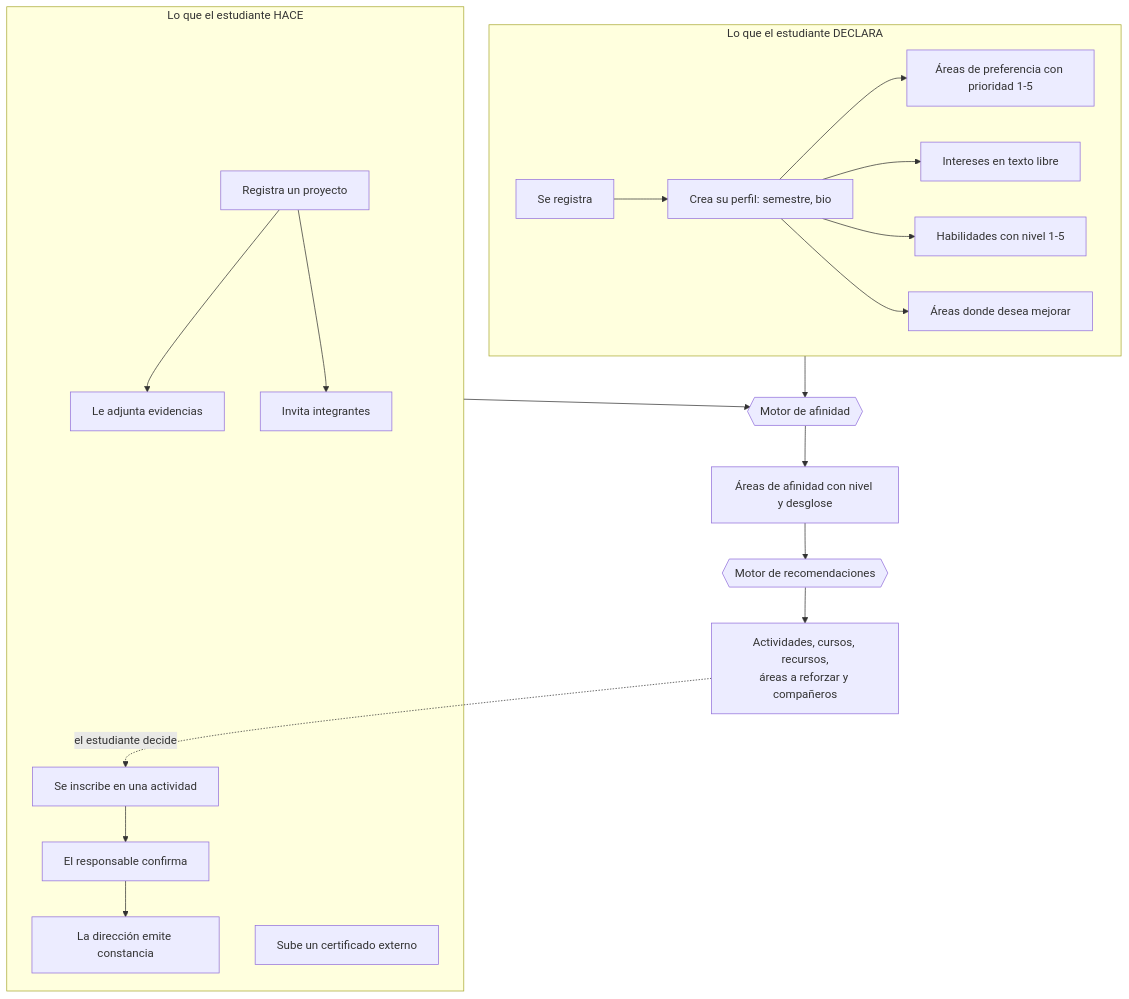
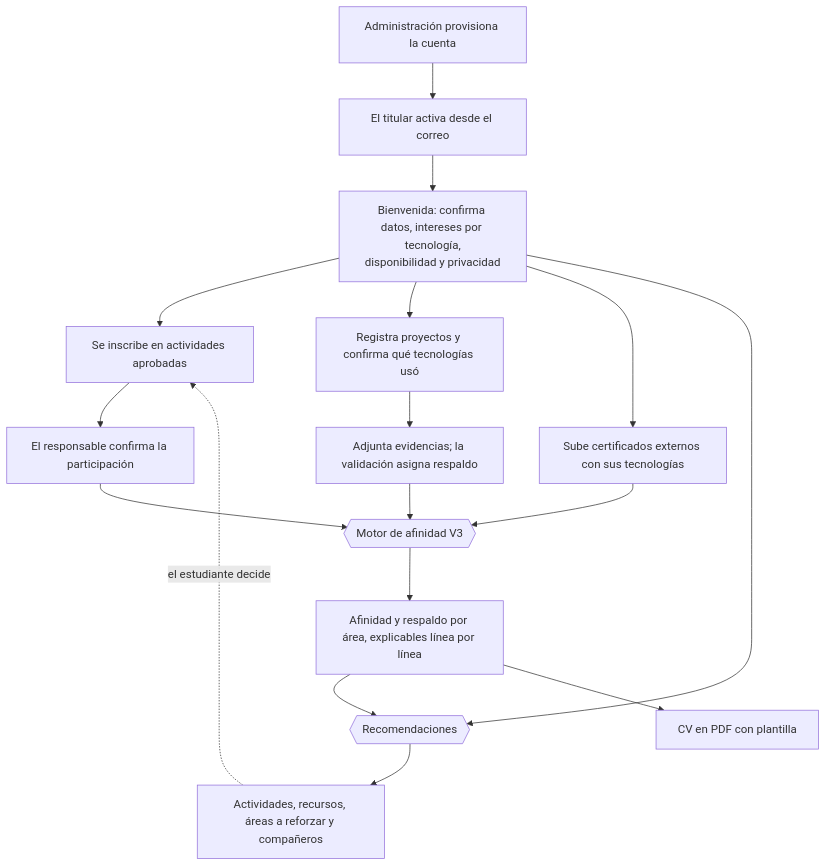
The second of 4 diagrams in docs/EL_SISTEMA_COMPLETO.md (Mollo-Israel/SISTEMA-MULTIPLATAFORMA-DEL-PERFIL-ESTUDIANTIL), drawn with Mermaid before and after one commit. The commit also changed other lines of this file and 17 other files, not shown here.

````diff
--- a/docs/EL_SISTEMA_COMPLETO.md
+++ b/docs/EL_SISTEMA_COMPLETO.md
@@ -183,25 +152,19 @@
 ```mermaid
 flowchart TD
-    subgraph decl [Lo que el estudiante DECLARA]
-        P1[Se registra] --> P2[Crea su perfil: semestre, bio]
-        P2 --> P3[Áreas de preferencia con prioridad 1-5]
-        P2 --> P4[Intereses en texto libre]
-        P2 --> P5[Habilidades con nivel 1-5]
-        P2 --> P6[Áreas donde desea mejorar]
-    end
-
-    subgraph hace [Lo que el estudiante HACE]
-        H1[Registra un proyecto] --> H2[Le adjunta evidencias]
-        H1 --> H3[Invita integrantes]
-        H4[Se inscribe en una actividad] --> H5[El responsable confirma]
-        H5 --> H6[La dirección emite constancia]
-        H7[Sube un certificado externo]
-    end
-
-    decl --> M{{Motor de afinidad}}
-    hace --> M
-    M --> R[Áreas de afinidad con nivel y desglose]
-    R --> REC{{Motor de recomendaciones}}
-    REC --> S[Actividades, cursos, recursos,<br/>áreas a reforzar y compañeros]
-    S -.->|el estudiante decide| H4
+    P[Administración provisiona la cuenta] --> A[El titular activa desde el correo]
+    A --> W[Bienvenida: confirma datos, intereses por tecnología,<br/>disponibilidad y privacidad]
+    W --> H1[Se inscribe en actividades aprobadas]
+    H1 --> H2[El responsable confirma la participación]
+    W --> H3[Registra proyectos y confirma qué tecnologías usó]
+    H3 --> H4[Adjunta evidencias; la validación asigna respaldo]
+    W --> H5[Sube certificados externos con sus tecnologías]
+    H2 --> M{{Motor de afinidad V3}}
+    H4 --> M
+    H5 --> M
+    M --> R[Afinidad y respaldo por área, explicables línea por línea]
+    R --> REC{{Recomendaciones}}
+    W --> REC
+    REC --> S[Actividades, recursos, áreas a reforzar y compañeros]
+    S -.->|el estudiante decide| H1
+    R --> CV[CV en PDF con plantilla]
 ```
````
